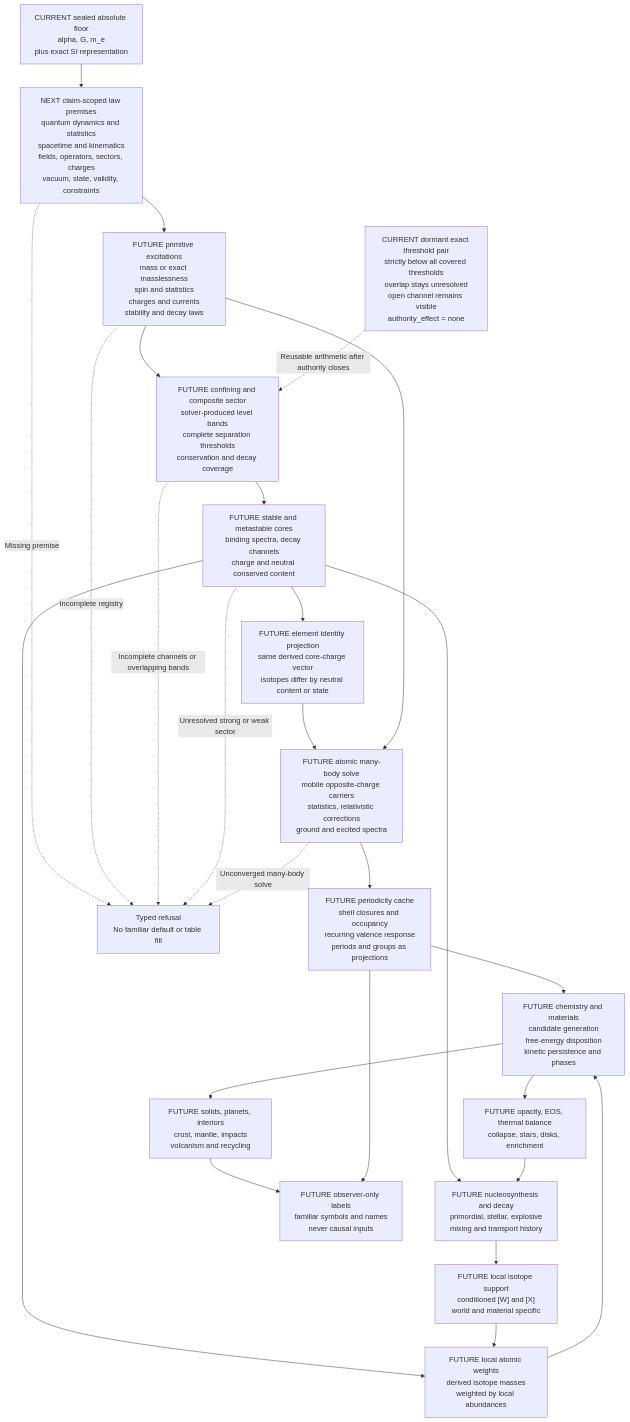
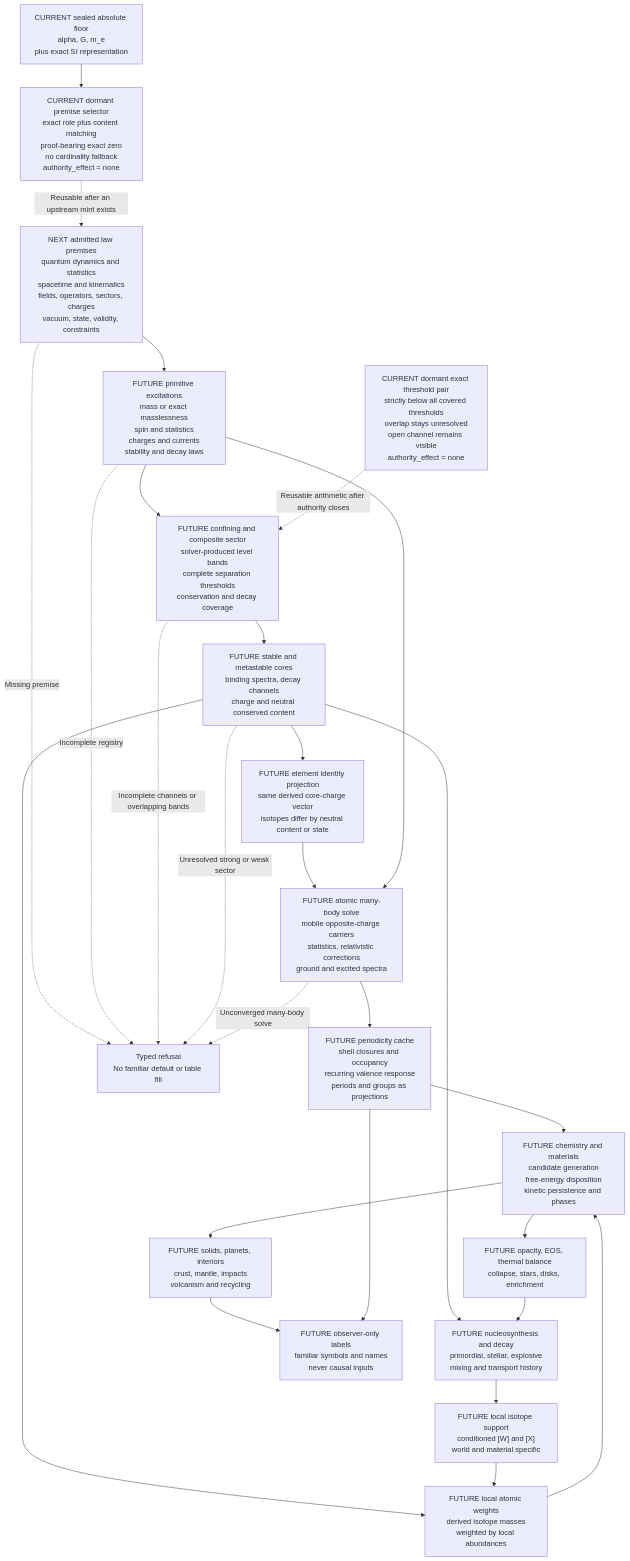
One commit to nathanfraske/Deep-Emergent-Civ-Simulator changed the diagram in docs/PERIODICITY_EMERGENCE_PIPELINE.md. Above: the diagram before and after it, drawn with Mermaid. The commit also changed other lines of this file and 8 other files, not shown here.

Commit message:
Harden claim-scoped law premise selection

````diff
--- a/docs/PERIODICITY_EMERGENCE_PIPELINE.md
+++ b/docs/PERIODICITY_EMERGENCE_PIPELINE.md
@@ -31,47 +40,49 @@
 ```mermaid
 flowchart TB
     FLOOR["CURRENT sealed absolute floor<br/>alpha, G, m_e<br/>plus exact SI representation"]
-    LAW["NEXT claim-scoped law premises<br/>quantum dynamics and statistics<br/>spacetime and kinematics<br/>fields, operators, sectors, charges<br/>vacuum, state, validity, constraints"]
+    SELECT["CURRENT dormant premise selector<br/>exact role plus content matching<br/>proof-bearing exact zero<br/>no cardinality fallback<br/>authority_effect = none"]
+    LAW["NEXT admitted law premises<br/>quantum dynamics and statistics<br/>spacetime and kinematics<br/>fields, operators, sectors, charges<br/>vacuum, state, validity, constraints"]
     PRIMITIVE["FUTURE primitive excitations<br/>mass or exact masslessness<br/>spin and statistics<br/>charges and currents<br/>stability and decay laws"]
     COMPOSITE["FUTURE confining and composite sector<br/>solver-produced level bands<br/>complete separation thresholds<br/>conservation and decay coverage"]
     THRESHOLD["CURRENT dormant exact threshold pair<br/>strictly below all covered thresholds<br/>overlap stays unresolved<br/>open channel remains visible<br/>authority_effect = none"]
     NUCLEAR["FUTURE stable and metastable cores<br/>binding spectra, decay channels<br/>charge and neutral conserved content"]
     ELEMENT["FUTURE element identity projection<br/>same derived core-charge vector<br/>isotopes differ by neutral content or state"]
     ATOM["FUTURE atomic many-body solve<br/>mobile opposite-charge carriers<br/>statistics, relativistic corrections<br/>ground and excited spectra"]
     PERIODICITY["FUTURE periodicity cache<br/>shell closures and occupancy<br/>recurring valence response<br/>periods and groups as projections"]
     NUCLEOSYNTHESIS["FUTURE nucleosynthesis and decay<br/>primordial, stellar, explosive<br/>mixing and transport history"]
     ABUNDANCE["FUTURE local isotope support<br/>conditioned [W] and [X]<br/>world and material specific"]
     WEIGHT["FUTURE local atomic weights<br/>derived isotope masses<br/>weighted by local abundances"]
     CHEMISTRY["FUTURE chemistry and materials<br/>candidate generation<br/>free-energy disposition<br/>kinetic persistence and phases"]
     STARS["FUTURE opacity, EOS, thermal balance<br/>collapse, stars, disks, enrichment"]
     PLANETS["FUTURE solids, planets, interiors<br/>crust, mantle, impacts<br/>volcanism and recycling"]
     VIEW["FUTURE observer-only labels<br/>familiar symbols and names<br/>never causal inputs"]
     REFUSE["Typed refusal<br/>No familiar default or table fill"]
 
-    FLOOR --> LAW
+    FLOOR --> SELECT
+    SELECT -. "Reusable after an upstream mint exists" .-> LAW
     LAW --> PRIMITIVE
     PRIMITIVE --> COMPOSITE
     THRESHOLD -. "Reusable arithmetic after authority closes" .-> COMPOSITE
     COMPOSITE --> NUCLEAR
     NUCLEAR --> ELEMENT
     ELEMENT --> ATOM
     PRIMITIVE --> ATOM
     ATOM --> PERIODICITY
     NUCLEAR --> NUCLEOSYNTHESIS
     NUCLEOSYNTHESIS --> ABUNDANCE
     NUCLEAR --> WEIGHT
     ABUNDANCE --> WEIGHT
     PERIODICITY --> CHEMISTRY
     WEIGHT --> CHEMISTRY
     CHEMISTRY --> STARS
     STARS --> NUCLEOSYNTHESIS
     CHEMISTRY --> PLANETS
     PLANETS --> VIEW
     PERIODICITY --> VIEW
 
     LAW -. "Missing premise" .-> REFUSE
     PRIMITIVE -. "Incomplete registry" .-> REFUSE
     COMPOSITE -. "Incomplete channels or overlapping bands" .-> REFUSE
     NUCLEAR -. "Unresolved strong or weak sector" .-> REFUSE
     ATOM -. "Unconverged many-body solve" .-> REFUSE
 ```
````
